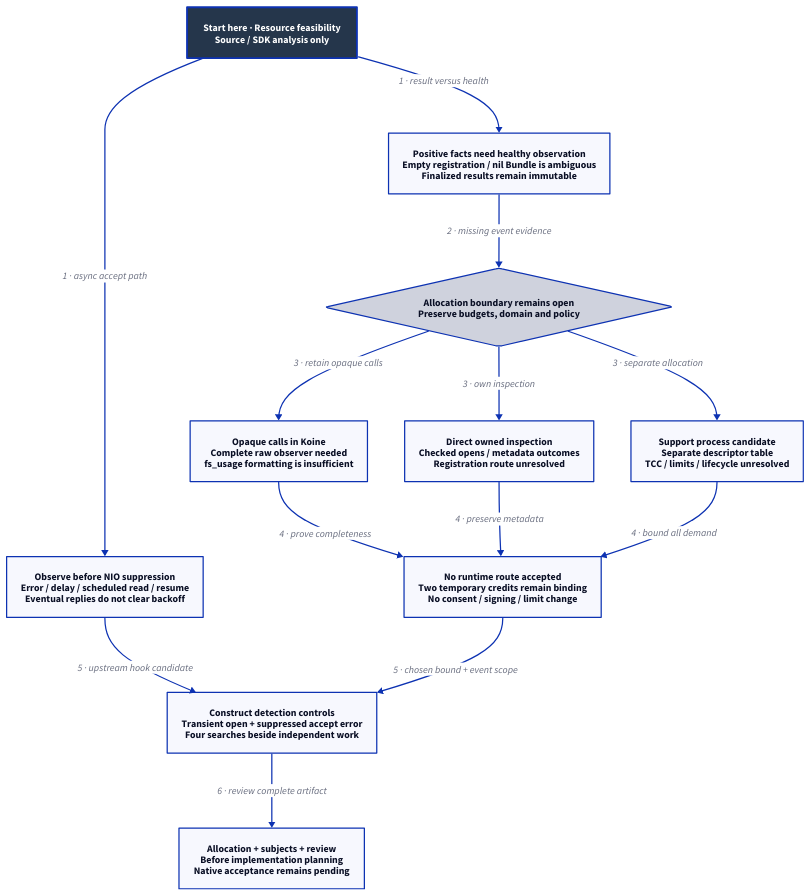
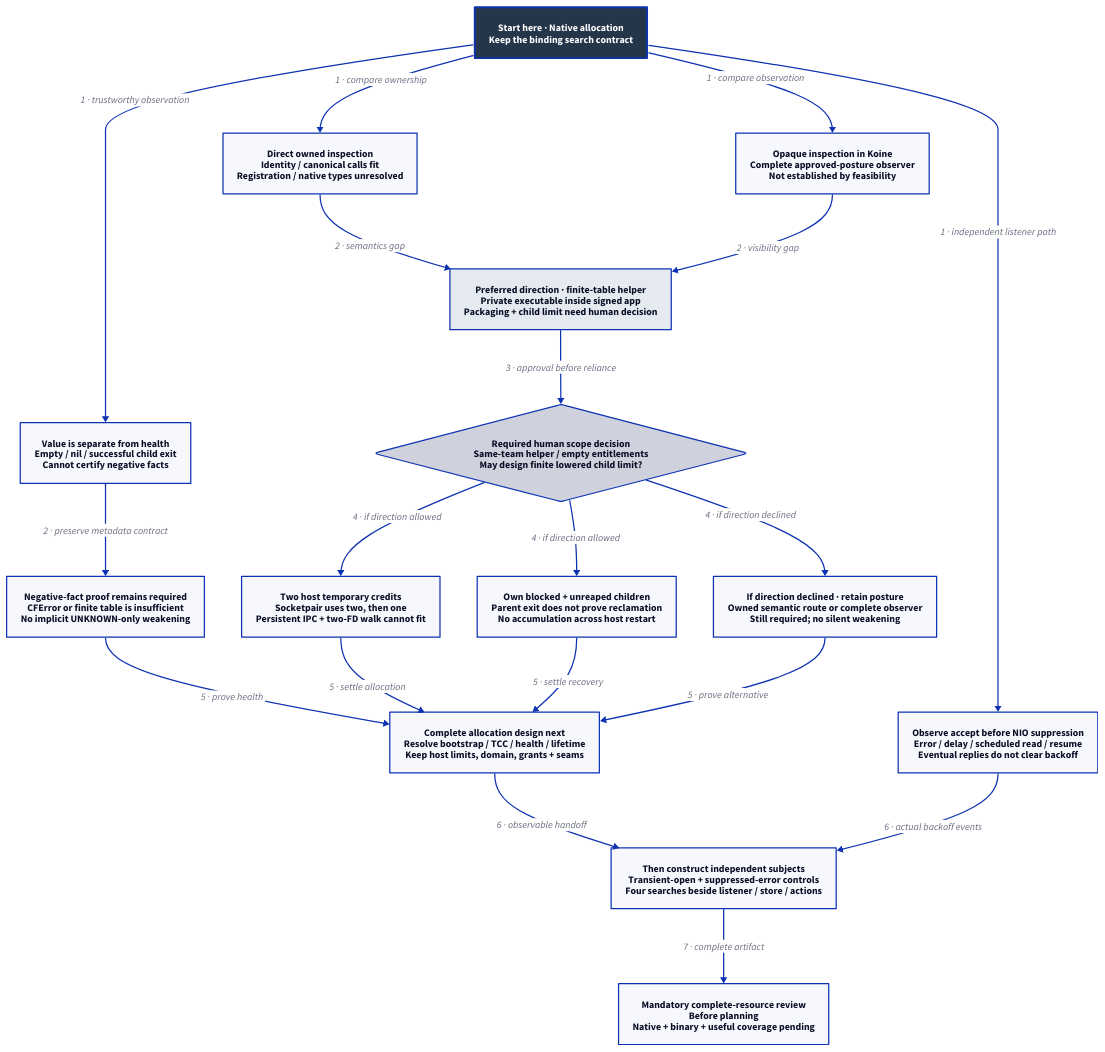
One commit to Linkuistics/Koine changed the diagram in docs/design/architecture/search-resources.d2. Above: the diagram before and after it, drawn with D2. The commit also changed 15 other files, not shown here.

Commit message:
search-allocation-boundary-k114: frame the helper approval boundary and preserve allocation work

```diff
--- a/docs/design/architecture/search-resources.d2
+++ b/docs/design/architecture/search-resources.d2
@@ -1,27 +1,37 @@
-# Source/SDK feasibility comparison. No runtime route selected or native pass.
+# Allocation recommendation. No approved helper/runtime route or native pass.
 direction: down
 classes: {
   start: {style: {fill: "#25364B"; font-color: "#FFFFFF"; bold: true; stroke-width: 3}}
 }
-Start: "Start here · Resource feasibility\nSource / SDK analysis only" {class: start}
-Facts: "Positive facts need healthy observation\nEmpty registration / nil Bundle is ambiguous\nFinalized results remain immutable"
-Choice: "Allocation boundary remains open\nPreserve budgets, domain and policy" {shape: diamond}
-Trace: "Opaque calls in Koine\nComplete raw observer needed\nfs_usage formatting is insufficient"
-Direct: "Direct owned inspection\nChecked opens / metadata outcomes\nRegistration route unresolved"
-Isolate: "Support process candidate\nSeparate descriptor table\nTCC / limits / lifecycle unresolved"
-Listener: "Observe before NIO suppression\nError / delay / scheduled read / resume\nEventual replies do not clear backoff"
-Boundary: "No runtime route accepted\nTwo temporary credits remain binding\nNo consent / signing / limit change"
-Subjects: "Construct detection controls\nTransient open + suppressed accept error\nFour searches beside independent work"
-Pending: "Allocation + subjects + review\nBefore implementation planning\nNative acceptance remains pending"
-Start -> Facts: "1 · result versus health"
-Facts -> Choice: "2 · missing event evidence"
-Choice -> Trace: "3 · retain opaque calls"
-Choice -> Direct: "3 · own inspection"
-Choice -> Isolate: "3 · separate allocation"
-Trace -> Boundary: "4 · prove completeness"
-Direct -> Boundary: "4 · preserve metadata"
-Isolate -> Boundary: "4 · bound all demand"
-Start -> Listener: "1 · async accept path"
-Listener -> Subjects: "5 · upstream hook candidate"
-Boundary -> Subjects: "5 · chosen bound + event scope"
-Subjects -> Pending: "6 · review complete artifact"
+Start: "Start here · Native allocation\nKeep the binding search contract" {class: start}
+Facts: "Value is separate from health\nEmpty / nil / successful child exit\nCannot certify negative facts"
+Direct: "Direct owned inspection\nIdentity / canonical calls fit\nRegistration / native types unresolved"
+Trace: "Opaque inspection in Koine\nComplete approved-posture observer\nNot established by feasibility"
+Recommend: "Preferred direction · finite-table helper\nPrivate executable inside signed app\nPackaging + child limit need human decision" {style: {fill: "#E5EAF0"; stroke-width: 2}}
+Human: "Required human scope decision\nSame-team helper / empty entitlements\nMay design finite lowered child limit?" {shape: diamond}
+Decline: "If direction declined · retain posture\nOwned semantic route or complete observer\nStill required; no silent weakening"
+Budget: "Two host temporary credits\nSocketpair uses two, then one\nPersistent IPC + two-FD walk cannot fit"
+Health: "Negative-fact proof remains required\nCFError or finite table is insufficient\nNo implicit UNKNOWN-only weakening"
+Lifetime: "Own blocked + unreaped children\nParent exit does not prove reclamation\nNo accumulation across host restart"
+Contract: "Complete allocation design next\nResolve bootstrap / TCC / health / lifetime\nKeep host limits, domain, grants + seams"
+Listener: "Observe accept before NIO suppression\nError / delay / scheduled read / resume\nEventual replies do not clear backoff"
+Subjects: "Then construct independent subjects\nTransient-open + suppressed-error controls\nFour searches beside listener / store / actions"
+Pending: "Mandatory complete-resource review\nBefore planning\nNative + binary + useful coverage pending"
+Start -> Facts: "1 · trustworthy observation"
+Start -> Direct: "1 · compare ownership"
+Start -> Trace: "1 · compare observation"
+Direct -> Recommend: "2 · semantics gap"
+Trace -> Recommend: "2 · visibility gap"
+Facts -> Health: "2 · preserve metadata contract"
+Recommend -> Human: "3 · approval before reliance"
+Human -> Budget: "4 · if direction allowed"
+Human -> Lifetime: "4 · if direction allowed"
+Human -> Decline: "4 · if direction declined"
+Decline -> Contract: "5 · prove alternative"
+Budget -> Contract: "5 · settle allocation"
+Health -> Contract: "5 · prove health"
+Lifetime -> Contract: "5 · settle recovery"
+Contract -> Subjects: "6 · observable handoff"
+Start -> Listener: "1 · independent listener path"
+Listener -> Subjects: "6 · actual backoff events"
+Subjects -> Pending: "7 · complete artifact"
```
